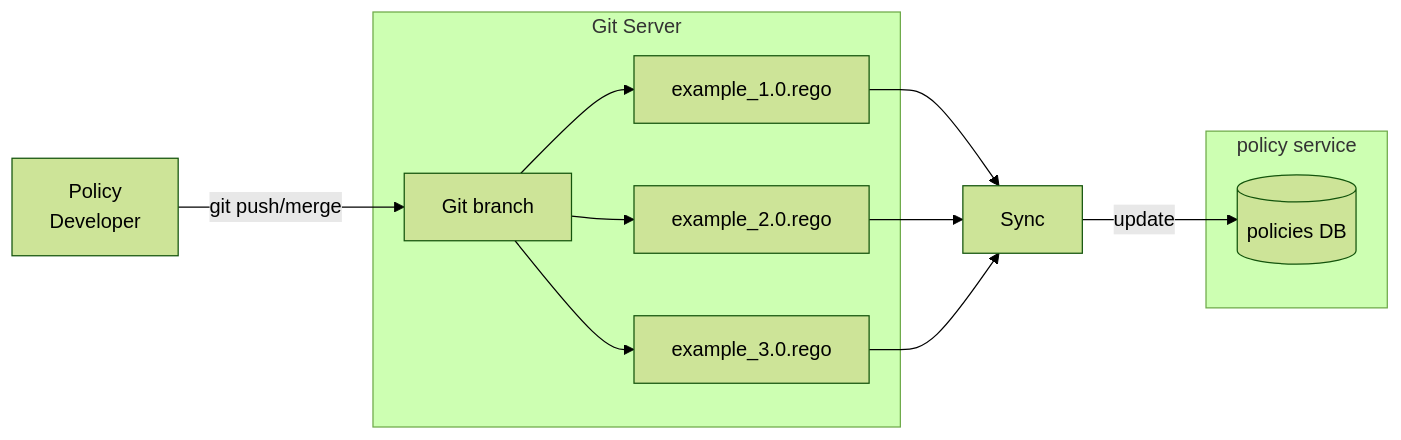
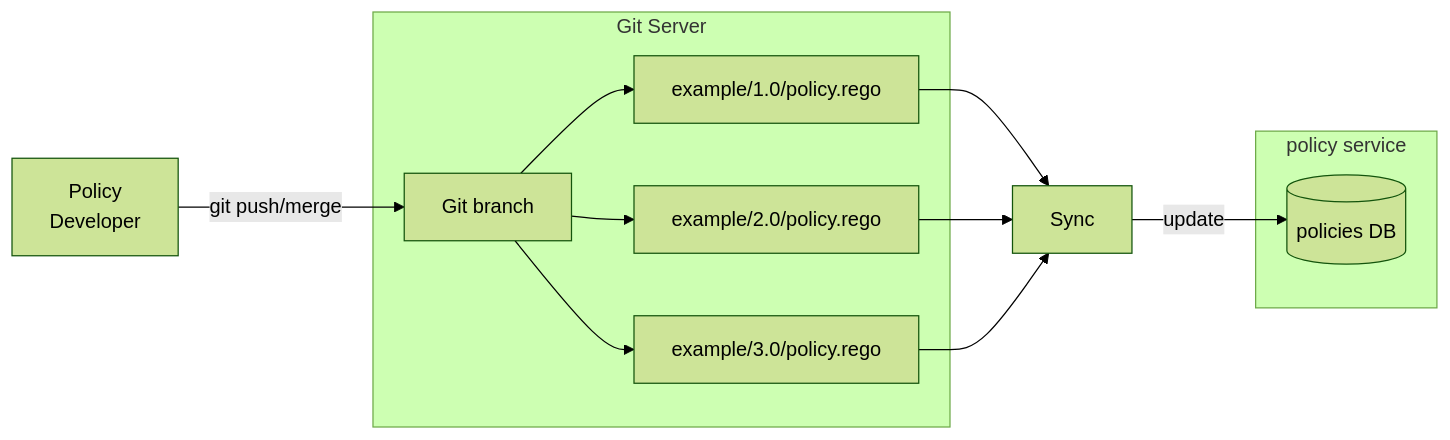
Before and after one commit to merlot-education/merlot-tsa-policy: the second of 2 diagrams in README.md, drawn with Mermaid (forest theme). The commit also changed other lines of this file and 2 other files, not shown here.

Commit message:
pass static data for policy evaluation

````diff
--- a/README.md
+++ b/README.md
@@ -94,16 +94,16 @@
 ```mermaid
 flowchart LR
 	A[Policy\nDeveloper] --git push/merge--> B[Git branch]
 	subgraph Git Server
-		B --> C[example_1.0.rego]
-		B --> D[example_2.0.rego]
-		B --> G[example_3.0.rego]
+		B --> C[example/1.0/policy.rego]
+		B --> D[example/2.0/policy.rego]
+		B --> G[example/3.0/policy.rego]
 	end
 	C --> E[Sync]
 	D --> E[Sync]
 	G --> E[Sync]
 	E --update--> F
 	subgraph policy service
 		F[(policies DB)]
 	end
 ```
````
